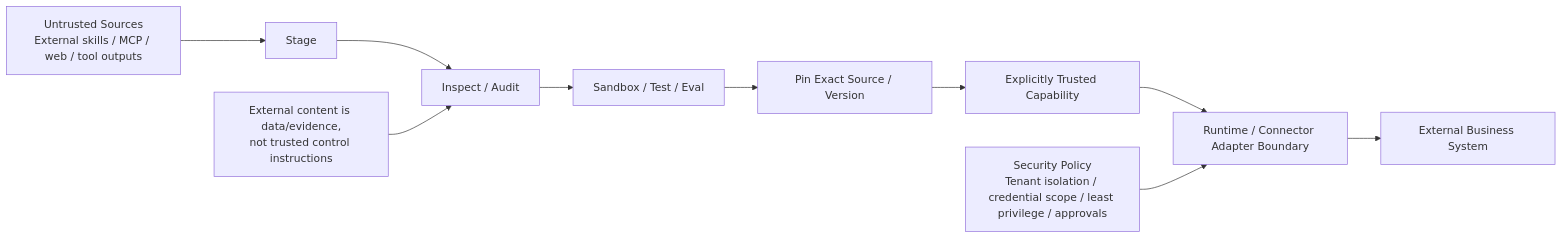
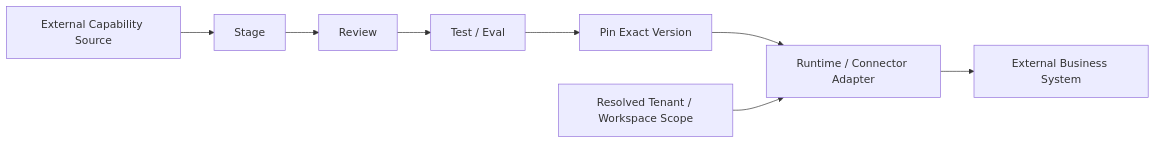
Before and after one commit to n0namer/skills-for-decision-making: the fifth of 7 diagrams in docs/architecture/README.md, drawn with Mermaid. The commit also changed other lines of this file and 8 other files, not shown here.

First line of the commit message:
Add minimal multi-instance shared capability architecture

````diff
--- a/docs/architecture/README.md
+++ b/docs/architecture/README.md
@@ -143,16 +167,11 @@
 ```mermaid
 flowchart LR
-    SRC["Untrusted Sources\nExternal skills / MCP / web / tool outputs"]
-    STAGE["Stage"]
-    AUDIT["Inspect / Audit"]
-    SANDBOX["Sandbox / Test / Eval"]
-    PIN["Pin Exact Source / Version"]
-    TRUST["Explicitly Trusted Capability"]
-    ADAPTER["Runtime / Connector Adapter Boundary"]
-    EXT["External Business System"]
+    SRC["External Capability Source"] --> STAGE["Stage"]
+    STAGE --> REVIEW["Review"]
+    REVIEW --> EVAL["Test / Eval"]
+    EVAL --> PIN["Pin Exact Version"]
+    PIN --> ADAPTER["Runtime / Connector Adapter"]
+    ADAPTER --> EXT["External Business System"]
 
-    SRC --> STAGE --> AUDIT --> SANDBOX --> PIN --> TRUST --> ADAPTER --> EXT
-
-    POLICY["Security Policy\nTenant isolation / credential scope / least privilege / approvals"] --> ADAPTER
-    DATA["External content is data/evidence,\nnot trusted control instructions"] --> AUDIT
+    SCOPE["Resolved Tenant / Workspace Scope"] --> ADAPTER
 ```
````
